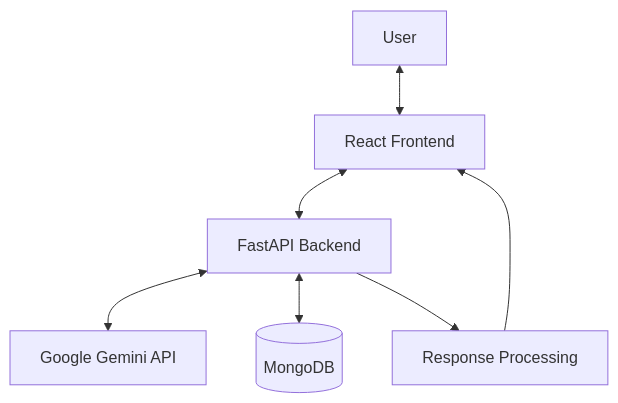
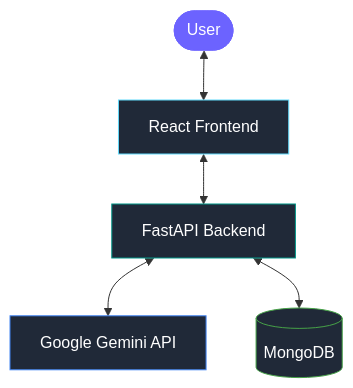
The diagram in README.md (sachinydv0002/Siva-AI), drawn with Mermaid before and after one commit. The commit also changed other lines of this file, not shown here.

````diff
--- a/README.md
+++ b/README.md
@@ -117,9 +156,19 @@
 ```mermaid
 flowchart TD
-    A[User] <--> B[React Frontend]
-    B <--> C[FastAPI Backend]
-    C <--> D[Google Gemini API]
-    C <--> E[(MongoDB)]
-    C --> F[Response Processing]
-    F --> B
+    U([User])
+    UI[React Frontend]
+    API[FastAPI Backend]
+    AI[Google Gemini API]
+    DB[(MongoDB)]
+
+    U <--> UI
+    UI <--> API
+    API <--> AI
+    API <--> DB
+
+    style U fill:#6C63FF,color:#ffffff,stroke:#6C63FF
+    style UI fill:#202938,color:#ffffff,stroke:#61DAFB
+    style API fill:#202938,color:#ffffff,stroke:#009688
+    style AI fill:#202938,color:#ffffff,stroke:#4285F4
+    style DB fill:#202938,color:#ffffff,stroke:#47A248
 ```
````
